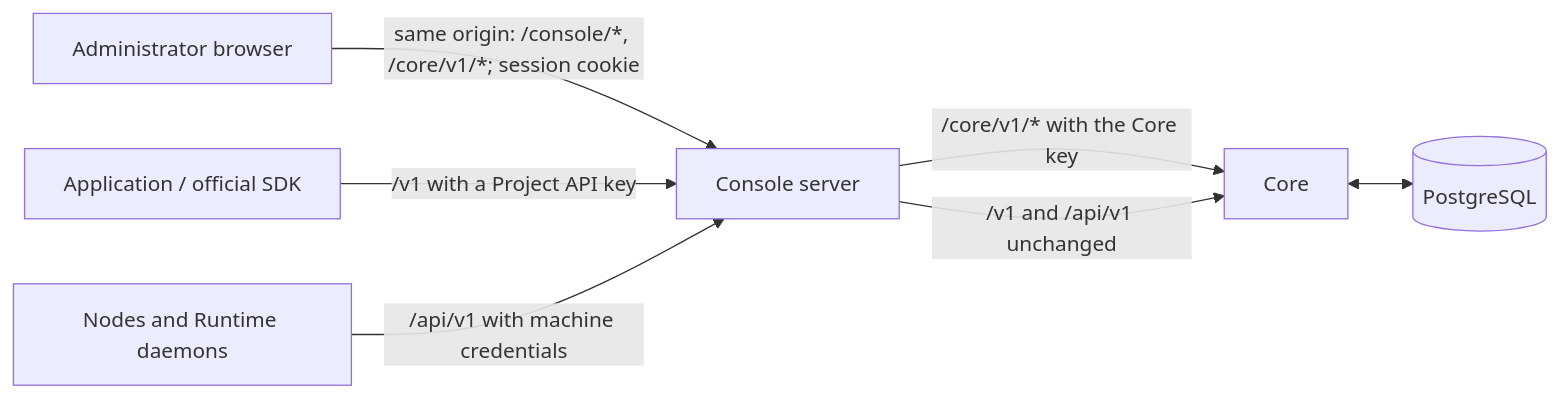
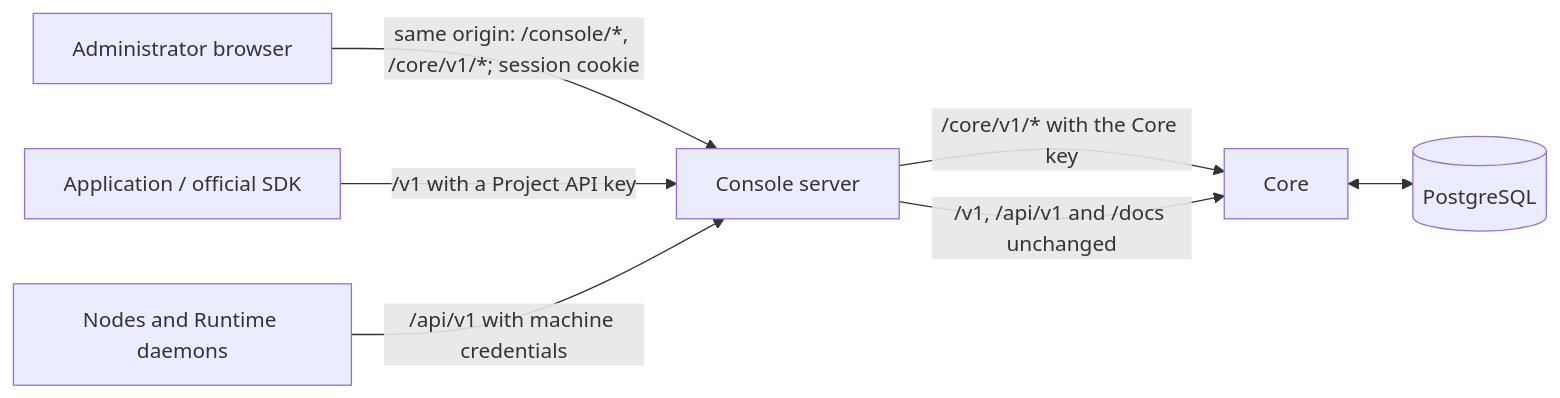
Before and after one commit to AllureCurtain/OpenAgentCore: the diagram in docs/web/console-server.md, drawn with Mermaid. The commit also changed other lines of this file and 14 other files, not shown here.

First line of the commit message:
Forward the API reference and keep Core connections warm

````diff
--- a/docs/web/console-server.md
+++ b/docs/web/console-server.md
@@ -11,16 +11,16 @@
 ```mermaid
 flowchart LR
   browser["Administrator browser"]
   console["Console server"]
   core["Core"]
   database[("PostgreSQL")]
   application["Application / official SDK"]
   machine["Nodes and Runtime daemons"]
 
   browser -->|"same origin: /console/*, /core/v1/*; session cookie"| console
   console -->|"/core/v1/* with the Core key"| core
   application -->|"/v1 with a Project API key"| console
   machine -->|"/api/v1 with machine credentials"| console
-  console -->|"/v1 and /api/v1 unchanged"| core
+  console -->|"/v1, /api/v1 and /docs unchanged"| core
   core <--> database
 ```
````
